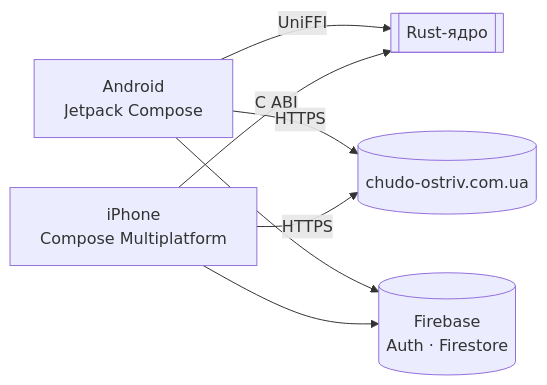
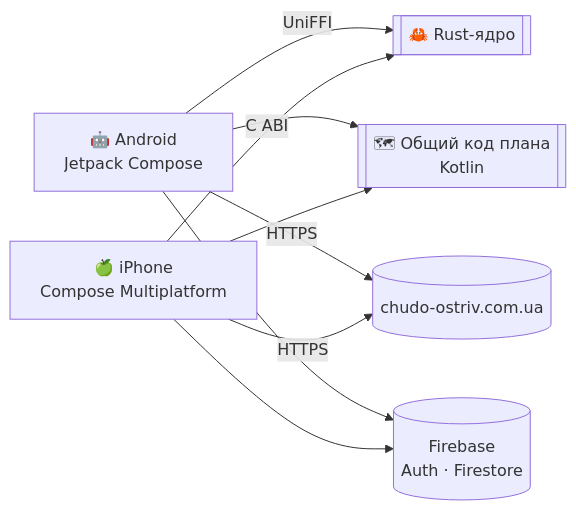
Before and after one commit to Nikifor3663636/chudoskan: the second of 2 diagrams in README.md, drawn with Mermaid. The commit also changed other lines of this file, not shown here.

````diff
--- a/README.md
+++ b/README.md
@@ -83,7 +136,8 @@
 ```mermaid
 flowchart LR
-    A[Android<br/>Jetpack Compose] -- UniFFI --> C[[Rust-ядро]]
-    I[iPhone<br/>Compose Multiplatform] -- C ABI --> C
-    A & I -- HTTPS --> S[(chudo-ostriv.com.ua)]
+    A[🤖 Android<br/>Jetpack Compose] -- UniFFI --> C[[🦀 Rust-ядро]]
+    I[🍏 iPhone<br/>Compose Multiplatform] -- C ABI --> C
+    A & I --> L[[🗺 Общий код плана<br/>Kotlin]]
+    A & I -- HTTPS --> W[(chudo-ostriv.com.ua)]
     A & I --> F[(Firebase<br/>Auth · Firestore)]
 ```
````
